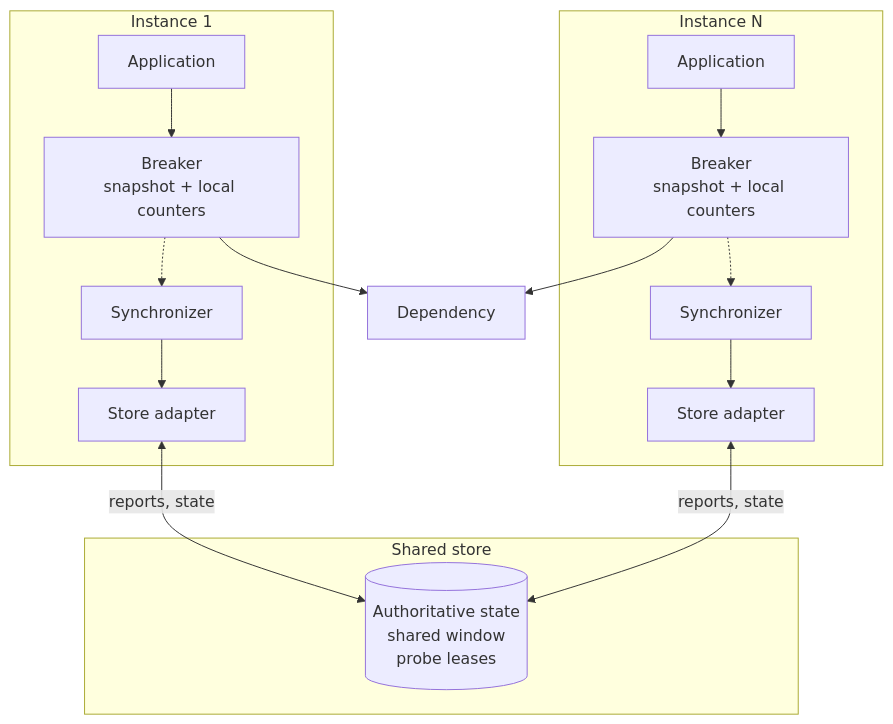
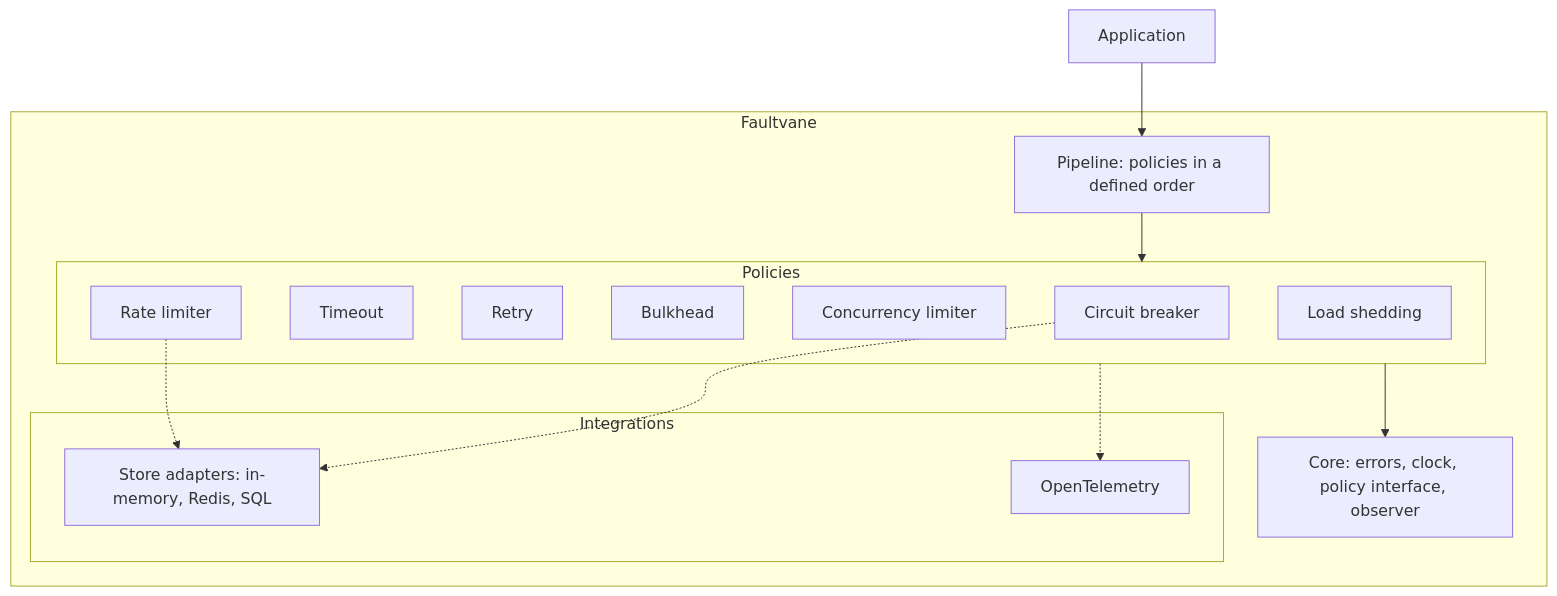
Before and after one commit to faultvane/faultvane-go: the first of 2 diagrams in docs/architecture.md, drawn with Mermaid. The commit also changed other lines of this file and 16 other files, not shown here.

Commit message:
Describe Faultvane as a toolkit of resilience policies

````diff
--- a/docs/architecture.md
+++ b/docs/architecture.md
@@ -12,20 +8,25 @@
 ```mermaid
 flowchart TB
-    subgraph Shared store
-        S[(Authoritative state<br/>shared window<br/>probe leases)]
+    APP[Application]
+    subgraph Faultvane
+        PIPE[Pipeline: policies in a defined order]
+        subgraph Policies
+            CB[Circuit breaker]
+            TO[Timeout]
+            RT[Retry]
+            BH[Bulkhead]
+            CL[Concurrency limiter]
+            RL[Rate limiter]
+            LS[Load shedding]
+        end
+        CORE[Core: errors, clock, policy interface, observer]
+        subgraph Integrations
+            ST[Store adapters: in-memory, Redis, SQL]
+            OT[OpenTelemetry]
+        end
     end
-    subgraph I1[Instance 1]
-        A1[Application] --> B1[Breaker<br/>snapshot + local counters]
-        B1 -.-> Y1[Synchronizer]
-        Y1 --> P1[Store adapter]
-    end
-    subgraph IN[Instance N]
-        AN[Application] --> BN[Breaker<br/>snapshot + local counters]
-        BN -.-> YN[Synchronizer]
-        YN --> PN[Store adapter]
-    end
-    P1 <-->|reports, state| S
-    PN <-->|reports, state| S
-    B1 --> D[Dependency]
-    BN --> D
+    APP --> PIPE --> Policies --> CORE
+    CB -.-> ST
+    RL -.-> ST
+    Policies -.-> OT
 ```
````
